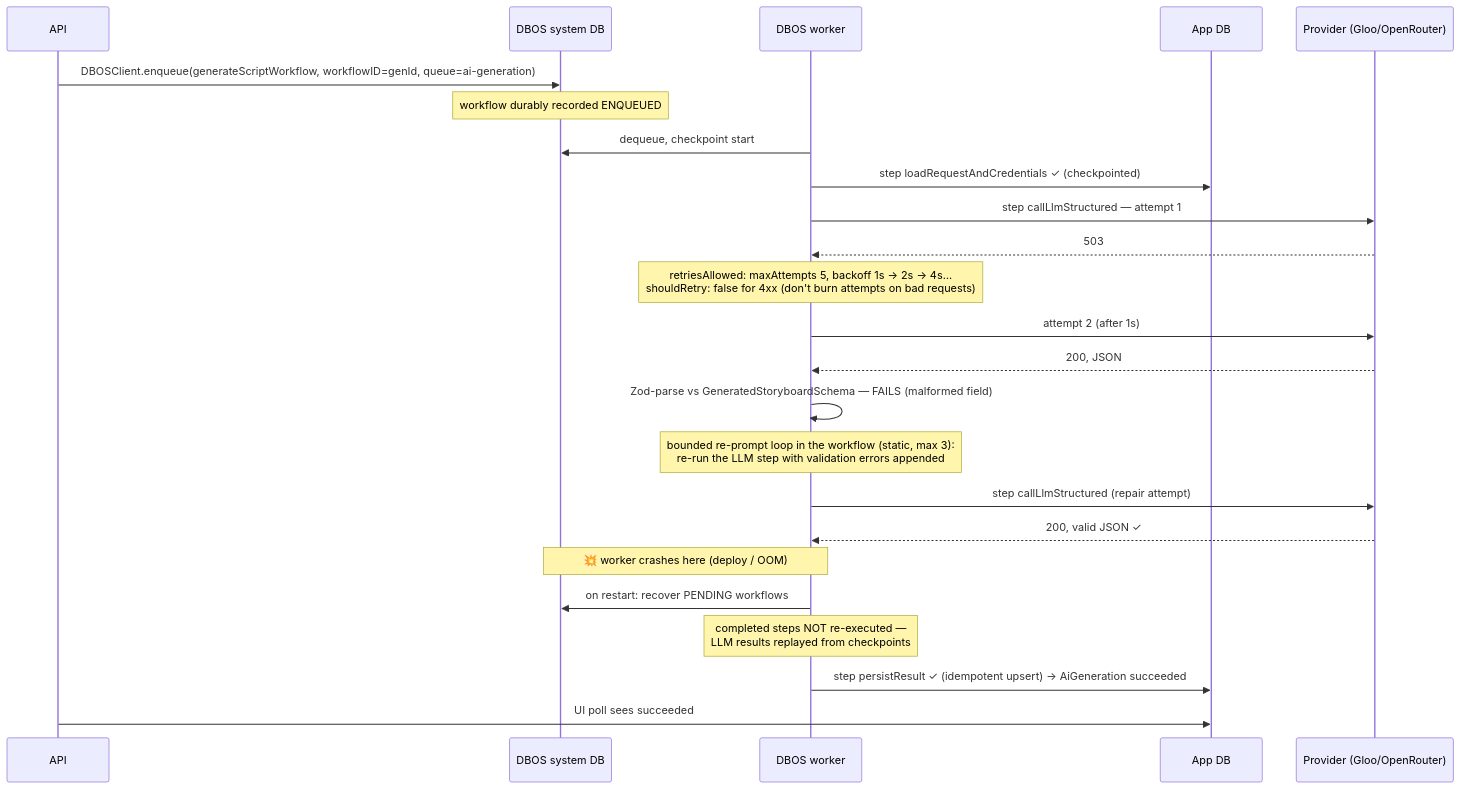
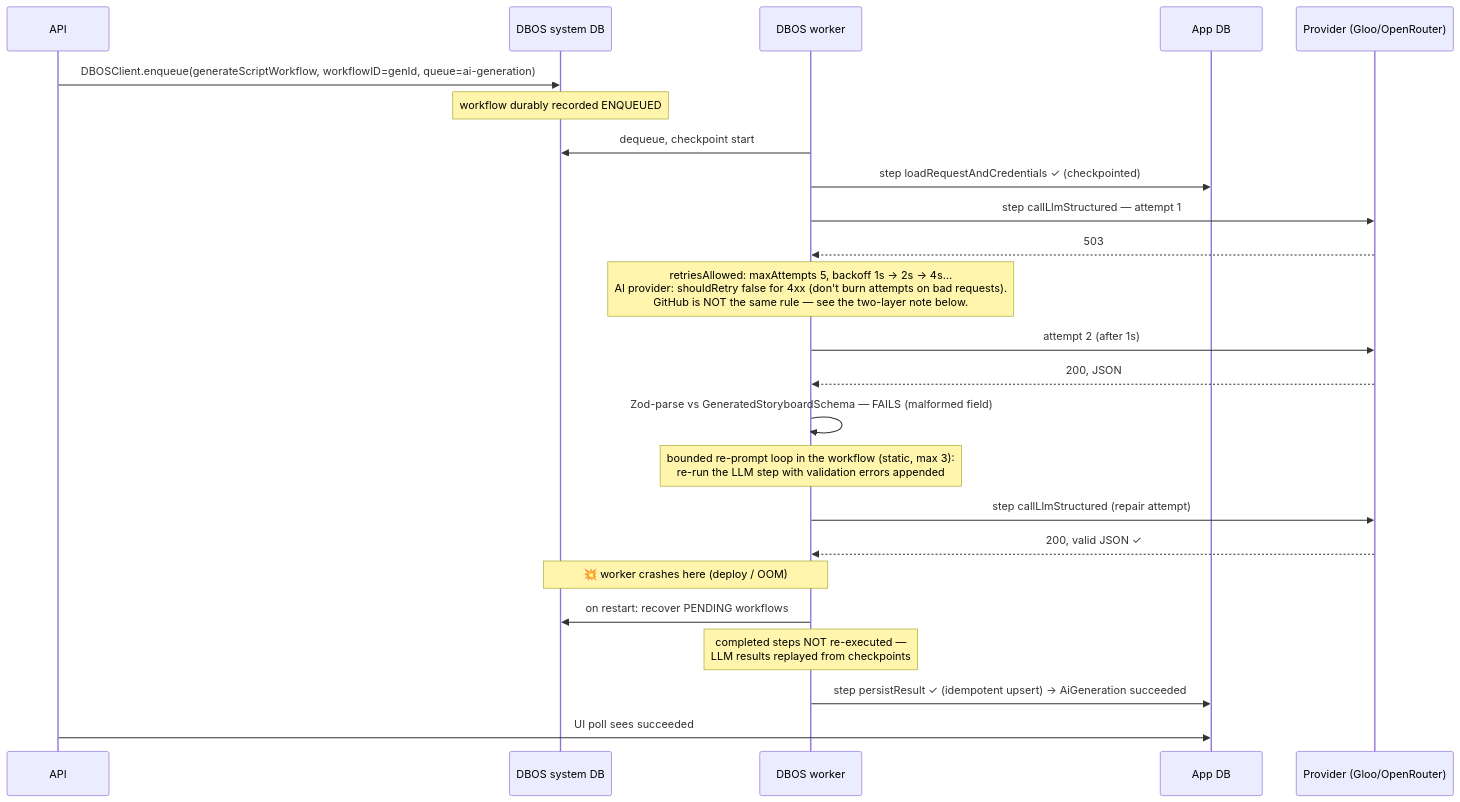
One commit to ashtable/supagloo changed the sixth of 8 diagrams in docs/design-delta.md. Above: the diagram before and after it, drawn with Mermaid. The commit also changed other lines of this file and 10 other files, not shown here.

````diff
--- a/docs/design-delta.md
+++ b/docs/design-delta.md
@@ -876,27 +909,27 @@
 ```mermaid
 sequenceDiagram
     participant A as API
     participant SYS as DBOS system DB
     participant W as DBOS worker
     participant DB as App DB
     participant LLM as Provider (Gloo/OpenRouter)
 
     A->>SYS: DBOSClient.enqueue(generateScriptWorkflow, workflowID=genId, queue=ai-generation)
     Note over SYS: workflow durably recorded ENQUEUED
     W->>SYS: dequeue, checkpoint start
     W->>DB: step loadRequestAndCredentials ✓ (checkpointed)
     W->>LLM: step callLlmStructured — attempt 1
     LLM-->>W: 503
-    Note over W: retriesAllowed: maxAttempts 5, backoff 1s → 2s → 4s…<br/>shouldRetry: false for 4xx (don't burn attempts on bad requests)
+    Note over W: retriesAllowed: maxAttempts 5, backoff 1s → 2s → 4s…<br/>AI provider: shouldRetry false for 4xx (don't burn attempts on bad requests).<br/>GitHub is NOT the same rule — see the two-layer note below.
     W->>LLM: attempt 2 (after 1s)
     LLM-->>W: 200, JSON
     W->>W: Zod-parse vs GeneratedStoryboardSchema — FAILS (malformed field)
     Note over W: bounded re-prompt loop in the workflow (static, max 3):<br/>re-run the LLM step with validation errors appended
     W->>LLM: step callLlmStructured (repair attempt)
     LLM-->>W: 200, valid JSON ✓
     Note over W,SYS: 💥 worker crashes here (deploy / OOM)
     W->>SYS: on restart: recover PENDING workflows
     Note over W: completed steps NOT re-executed —<br/>LLM results replayed from checkpoints
     W->>DB: step persistResult ✓ (idempotent upsert) → AiGeneration succeeded
     A->>DB: UI poll sees succeeded
 ```
````
